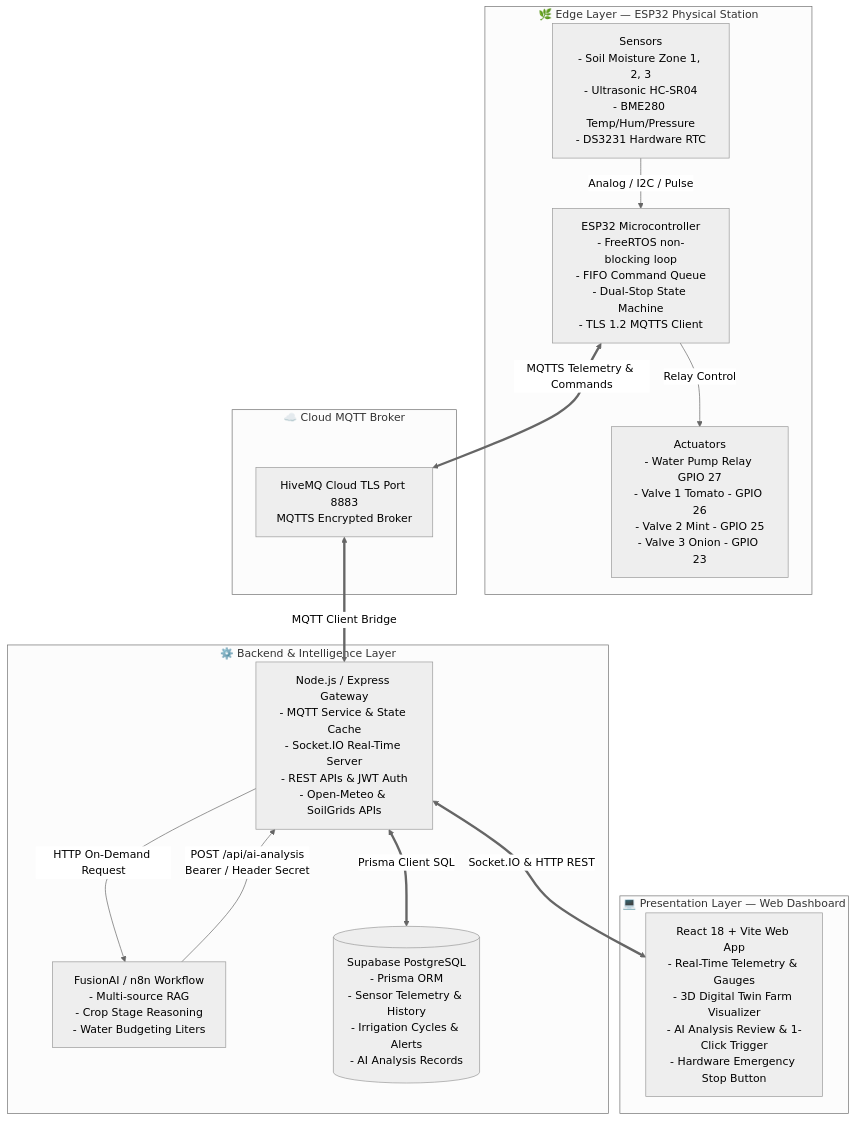
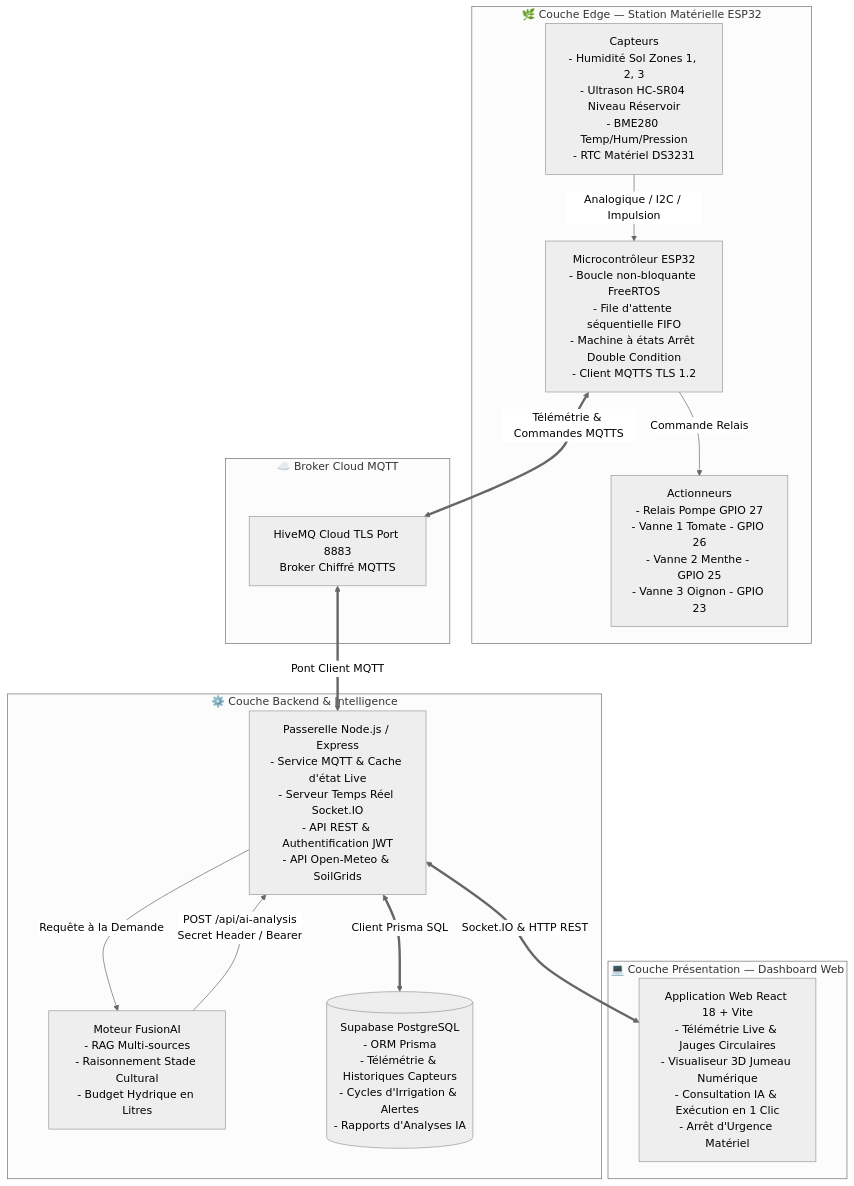
One commit to Musta2023/Hydrivia changed the first of 6 diagrams in README.md. Above: the diagram before and after it, drawn with Mermaid (neutral theme). The commit also changed other lines of this file and 1 other file, not shown here.

````diff
--- a/README.md
+++ b/README.md
@@ -71,31 +71,31 @@
 ```mermaid
 flowchart TB
-    subgraph Edge ["🌿 Edge Layer — ESP32 Physical Station"]
-        Sensors["Sensors<br/>- Soil Moisture Zone 1, 2, 3<br/>- Ultrasonic HC-SR04<br/>- BME280 Temp/Hum/Pressure<br/>- DS3231 Hardware RTC"]
-        Actuators["Actuators<br/>- Water Pump Relay GPIO 27<br/>- Valve 1 Tomato - GPIO 26<br/>- Valve 2 Mint - GPIO 25<br/>- Valve 3 Onion - GPIO 23"]
-        ESP32["ESP32 Microcontroller<br/>- FreeRTOS non-blocking loop<br/>- FIFO Command Queue<br/>- Dual-Stop State Machine<br/>- TLS 1.2 MQTTS Client"]
-        Sensors -->|Analog / I2C / Pulse| ESP32
-        ESP32 -->|Relay Control| Actuators
+    subgraph Edge ["🌿 Couche Edge — Station Matérielle ESP32"]
+        Sensors["Capteurs<br/>- Humidité Sol Zones 1, 2, 3<br/>- Ultrason HC-SR04 Niveau Réservoir<br/>- BME280 Temp/Hum/Pression<br/>- RTC Matériel DS3231"]
+        Actuators["Actionneurs<br/>- Relais Pompe GPIO 27<br/>- Vanne 1 Tomate - GPIO 26<br/>- Vanne 2 Menthe - GPIO 25<br/>- Vanne 3 Oignon - GPIO 23"]
+        ESP32["Microcontrôleur ESP32<br/>- Boucle non-bloquante FreeRTOS<br/>- File d'attente séquentielle FIFO<br/>- Machine à états Arrêt Double Condition<br/>- Client MQTTS TLS 1.2"]
+        Sensors -->|Analogique / I2C / Impulsion| ESP32
+        ESP32 -->|Commande Relais| Actuators
     end
 
-    subgraph CloudMQTT ["☁️ Cloud MQTT Broker"]
-        HiveMQ["HiveMQ Cloud TLS Port 8883<br/>MQTTS Encrypted Broker"]
+    subgraph CloudMQTT ["☁️ Broker Cloud MQTT"]
+        HiveMQ["HiveMQ Cloud TLS Port 8883<br/>Broker Chiffré MQTTS"]
     end
 
-    subgraph BackendLayer ["⚙️ Backend & Intelligence Layer"]
-        Gateway["Node.js / Express Gateway<br/>- MQTT Service & State Cache<br/>- Socket.IO Real-Time Server<br/>- REST APIs & JWT Auth<br/>- Open-Meteo & SoilGrids APIs"]
-        FusionAI["FusionAI / n8n Workflow<br/>- Multi-source RAG<br/>- Crop Stage Reasoning<br/>- Water Budgeting Liters"]
-        Supabase[("Supabase PostgreSQL<br/>- Prisma ORM<br/>- Sensor Telemetry & History<br/>- Irrigation Cycles & Alerts<br/>- AI Analysis Records")]
+    subgraph BackendLayer ["⚙️ Couche Backend & Intelligence"]
+        Gateway["Passerelle Node.js / Express<br/>- Service MQTT & Cache d'état Live<br/>- Serveur Temps Réel Socket.IO<br/>- API REST & Authentification JWT<br/>- API Open-Meteo & SoilGrids"]
+        FusionAI["Moteur FusionAI<br/>- RAG Multi-sources<br/>- Raisonnement Stade Cultural<br/>- Budget Hydrique en Litres"]
+        Supabase[("Supabase PostgreSQL<br/>- ORM Prisma<br/>- Télémétrie & Historiques Capteurs<br/>- Cycles d'Irrigation & Alertes<br/>- Rapports d'Analyses IA")]
     end
 
-    subgraph FrontendLayer ["💻 Presentation Layer — Web Dashboard"]
-        Dashboard["React 18 + Vite Web App<br/>- Real-Time Telemetry & Gauges<br/>- 3D Digital Twin Farm Visualizer<br/>- AI Analysis Review & 1-Click Trigger<br/>- Hardware Emergency Stop Button"]
+    subgraph FrontendLayer ["💻 Couche Présentation — Dashboard Web"]
+        Dashboard["Application Web React 18 + Vite<br/>- Télémétrie Live & Jauges Circulaires<br/>- Visualiseur 3D Jumeau Numérique<br/>- Consultation IA & Exécution en 1 Clic<br/>- Arrêt d'Urgence Matériel"]
     end
 
-    ESP32 <==>|MQTTS Telemetry & Commands| HiveMQ
-    HiveMQ <==>|MQTT Client Bridge| Gateway
+    ESP32 <==>|Télémétrie & Commandes MQTTS| HiveMQ
+    HiveMQ <==>|Pont Client MQTT| Gateway
     Gateway <==>|Socket.IO & HTTP REST| Dashboard
-    Gateway <==>|Prisma Client SQL| Supabase
-    FusionAI -->|POST /api/ai-analysis<br/>Bearer / Header Secret| Gateway
-    Gateway -->|HTTP On-Demand Request| FusionAI
+    Gateway <==>|Client Prisma SQL| Supabase
+    FusionAI -->|POST /api/ai-analysis<br/>Secret Header / Bearer| Gateway
+    Gateway -->|Requête à la Demande| FusionAI
 ```
````
